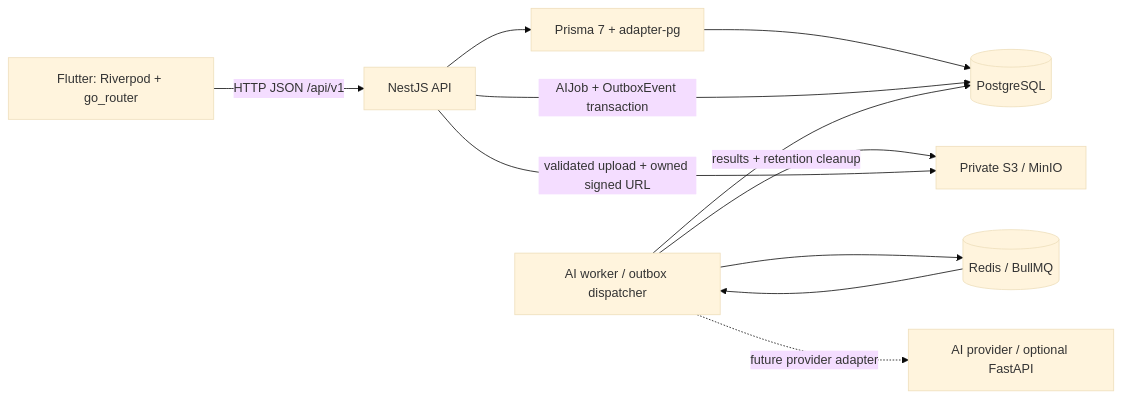
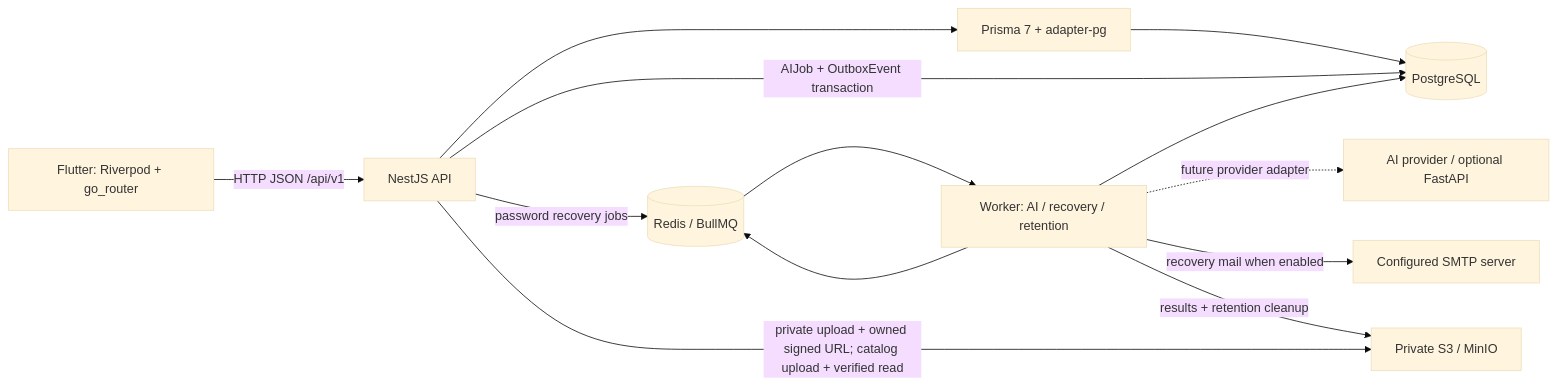
One commit to pqchien1905/WEARLY changed the diagram in docs/diagrams/system.mmd. Above: the diagram before and after it, drawn with Mermaid (base theme). The commit also changed 7 other files, not shown here.

Commit message:
docs: align architecture and recovery diagrams with implemented modules

```diff
--- a/docs/diagrams/system.mmd
+++ b/docs/diagrams/system.mmd
@@ -1,11 +1,13 @@
 flowchart LR
   F["Flutter: Riverpod + go_router"] -->|"HTTP JSON /api/v1"| API["NestJS API"]
   API --> P["Prisma 7 + adapter-pg"]
   P --> DB[("PostgreSQL")]
   API -->|"AIJob + OutboxEvent transaction"| DB
-  W["AI worker / outbox dispatcher"] --> DB
+  W["Worker: AI / recovery / retention"] --> DB
   W --> Q[("Redis / BullMQ")]
   Q --> W
   W -. "future provider adapter" .-> AI["AI provider / optional FastAPI"]
+  API -->|"password recovery jobs"| Q
+  W -->|"recovery mail when enabled"| SMTP["Configured SMTP server"]
   W -->|"results + retention cleanup"| S3["Private S3 / MinIO"]
-  API -->|"validated upload + owned signed URL"| S3
+  API -->|"private upload + owned signed URL; catalog upload + verified read"| S3
```
